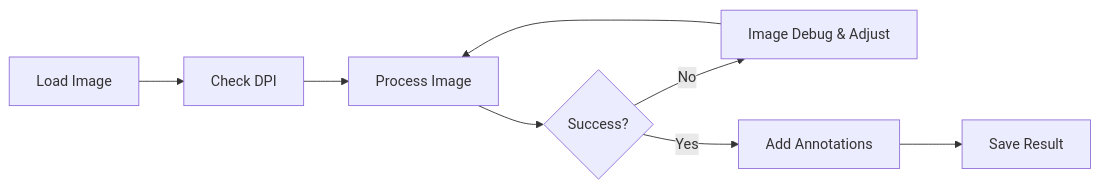
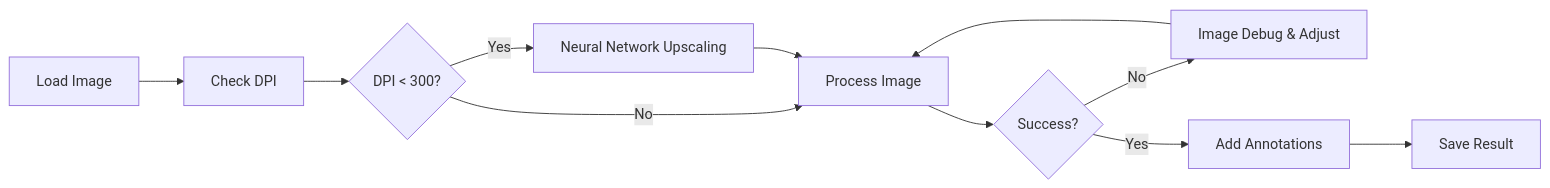
Before and after one commit to JasonGellis/lithic-editor: the diagram in docs/user-guide/processing.md, drawn with Mermaid. The commit also changed other lines of this file and 4 other files, not shown here.

````diff
--- a/docs/user-guide/processing.md
+++ b/docs/user-guide/processing.md
@@ -9,10 +9,13 @@
 ```mermaid
 graph LR
     A[Load Image] --> B[Check DPI]
-    B --> C[Process Image]
-    C --> D{Success?}
-    D -->|No| E[Image Debug & Adjust]
-    E --> C
-    D -->|Yes| F[Add Annotations]
-    F --> G[Save Result]
+    B --> C{DPI < 300?}
+    C -->|Yes| D[Neural Network Upscaling]
+    C -->|No| E[Process Image]
+    D --> E
+    E --> F{Success?}
+    F -->|No| G[Image Debug & Adjust]
+    G --> E
+    F -->|Yes| H[Add Annotations]
+    H --> I[Save Result]
 ```
````
